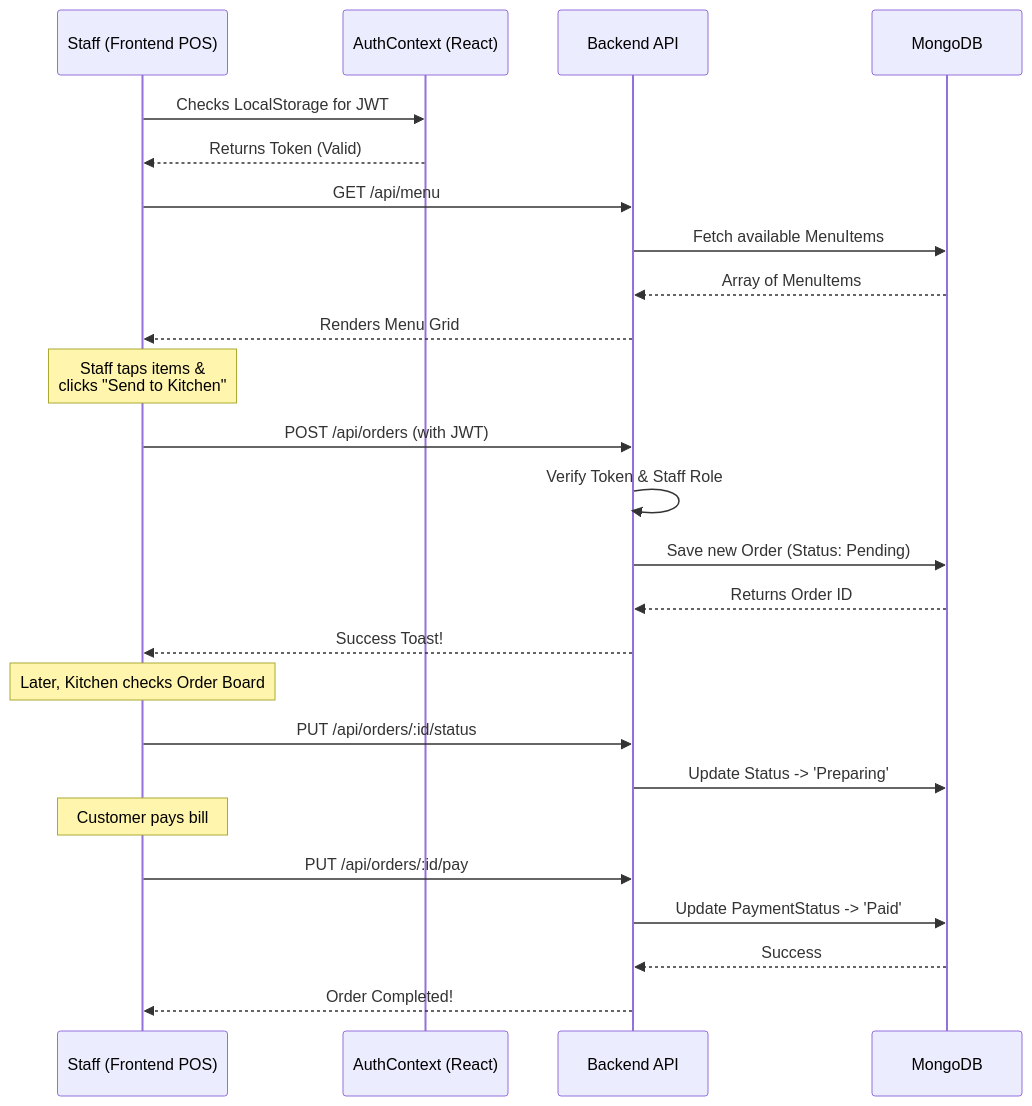
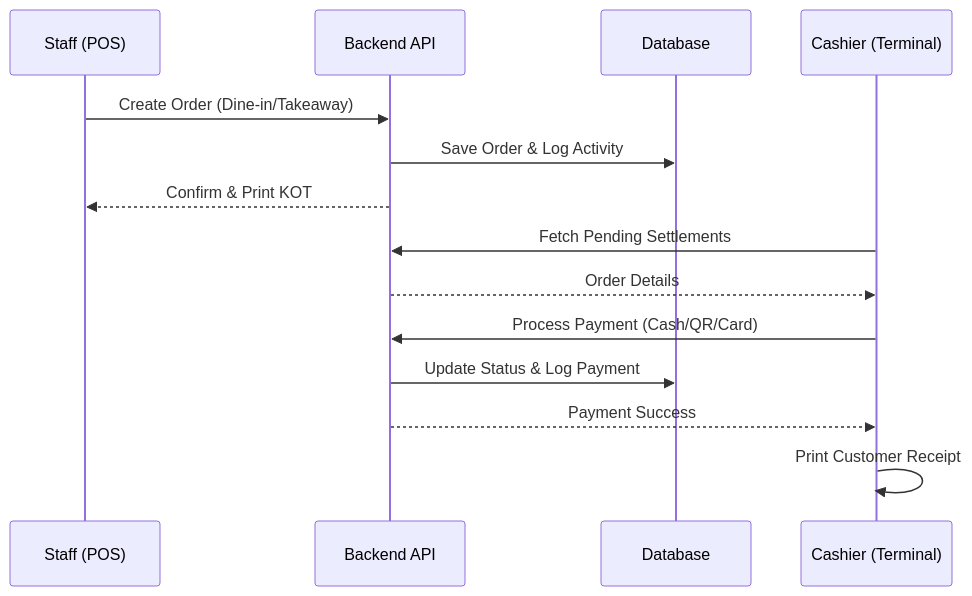
Before and after one commit to rautbibek123/Restaurant_Landing_Page: the second of 2 diagrams in README.md, drawn with Mermaid. The commit also changed other lines of this file, not shown here.

Commit message:
the POS in admin portal is updated

````diff
--- a/README.md
+++ b/README.md
@@ -72,35 +84,18 @@
 ```mermaid
 sequenceDiagram
-    participant S as Staff (Frontend POS)
-    participant A as AuthContext (React)
-    participant API as Backend API
-    participant DB as MongoDB
+    participant S as Staff (POS)
+    participant B as Backend API
+    participant D as Database
+    participant C as Cashier (Terminal)
 
-    S->>A: Checks LocalStorage for JWT
-    A-->>S: Returns Token (Valid)
+    S->>B: Create Order (Dine-in/Takeaway)
+    B->>D: Save Order & Log Activity
+    B-->>S: Confirm & Print KOT
     
-    S->>API: GET /api/menu
-    API->>DB: Fetch available MenuItems
-    DB-->>API: Array of MenuItems
-    API-->>S: Renders Menu Grid
-    
-    Note over S: Staff taps items &<br/>clicks "Send to Kitchen"
-    
-    S->>API: POST /api/orders (with JWT)
-    API->>API: Verify Token & Staff Role
-    API->>DB: Save new Order (Status: Pending)
-    DB-->>API: Returns Order ID
-    API-->>S: Success Toast!
-    
-    Note over S: Later, Kitchen checks Order Board
-    
-    S->>API: PUT /api/orders/:id/status
-    API->>DB: Update Status -> 'Preparing'
-    
-    Note over S: Customer pays bill
-    
-    S->>API: PUT /api/orders/:id/pay
-    API->>DB: Update PaymentStatus -> 'Paid'
-    DB-->>API: Success
-    API-->>S: Order Completed!
+    C->>B: Fetch Pending Settlements
+    B-->>C: Order Details
+    C->>B: Process Payment (Cash/QR/Card)
+    B->>D: Update Status & Log Payment
+    B-->>C: Payment Success
+    C->>C: Print Customer Receipt
 ```
````
